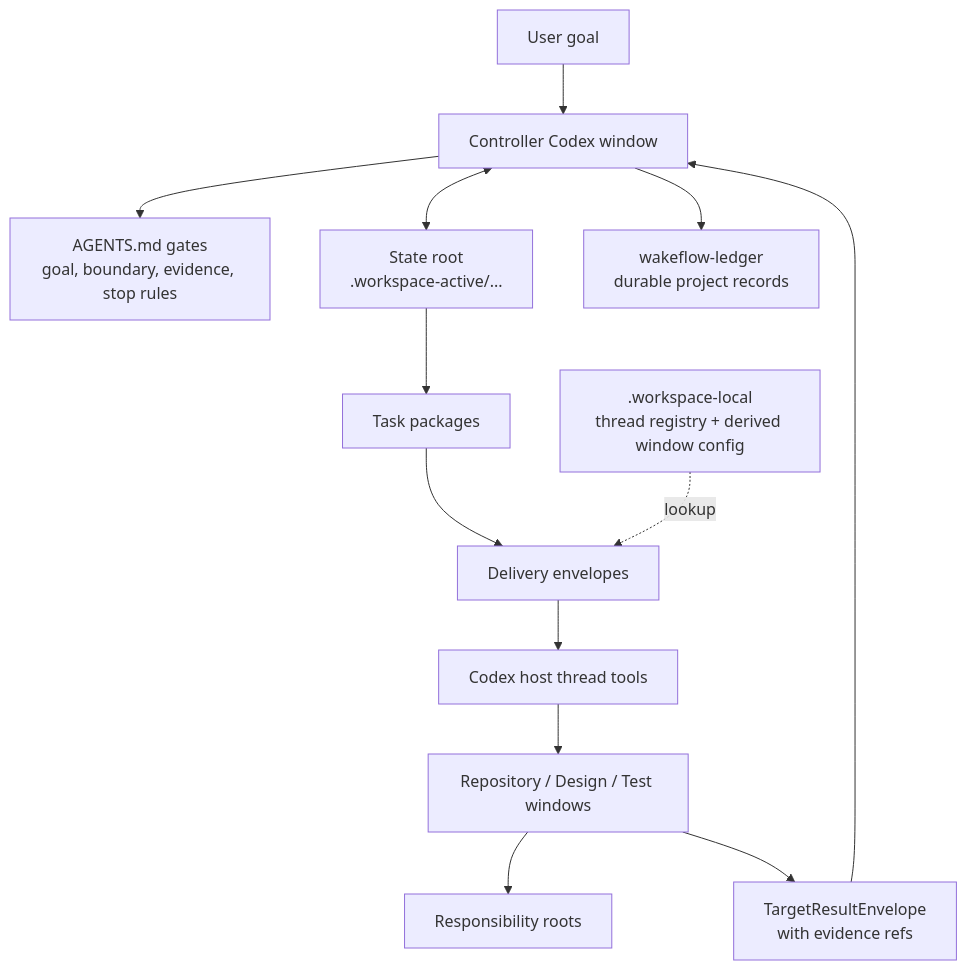
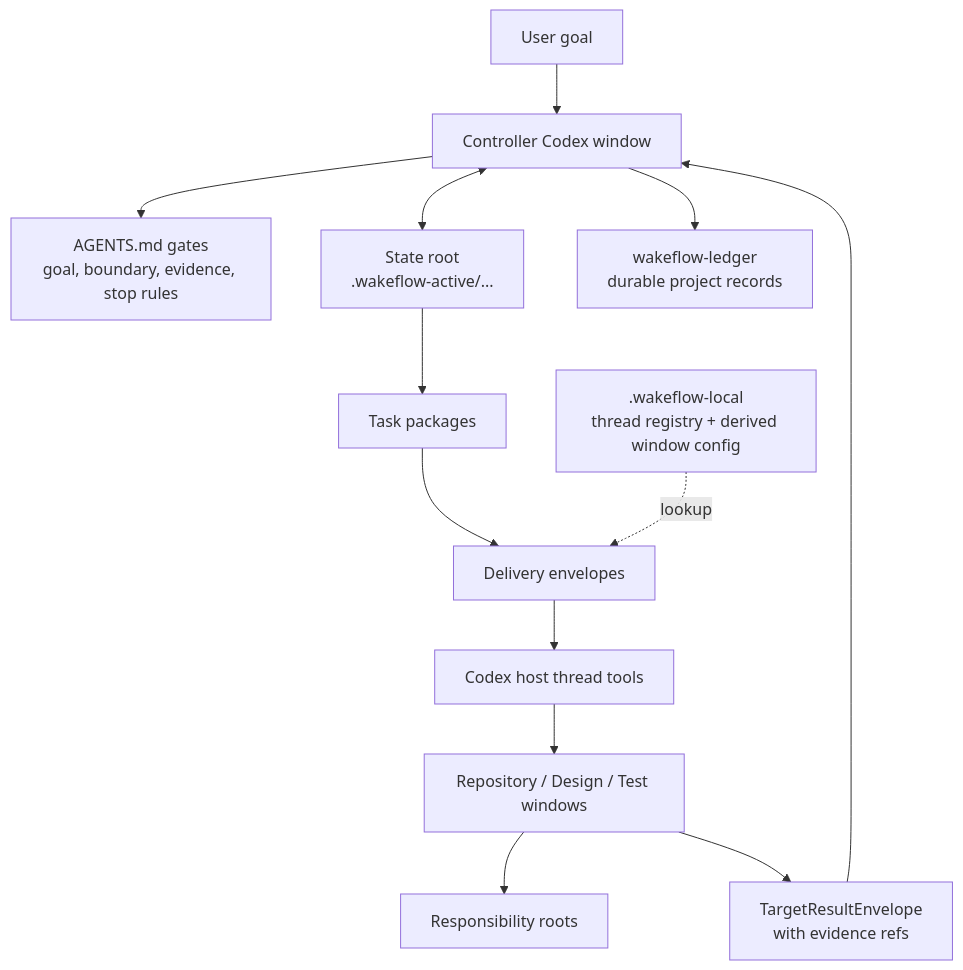
One commit to GxFn/Wakeflow changed the diagram in plugins/codex-wakeflow/README.md. Above: the diagram before and after it, drawn with Mermaid. The commit also changed other lines of this file and 88 other files, not shown here.

First line of the commit message:
refactor: rename storage roots .workspace-* -> .wakeflow-* and drop the nested workspace/ layer

````diff
--- a/plugins/codex-wakeflow/README.md
+++ b/plugins/codex-wakeflow/README.md
@@ -61,15 +61,15 @@
 ```mermaid
 flowchart TD
   User["User goal"] --> Controller["Controller Codex window"]
   Controller --> Gates["AGENTS.md gates<br/>goal, boundary, evidence, stop rules"]
-  Controller <--> StateRoot["State root<br/>.workspace-active/..."]
+  Controller <--> StateRoot["State root<br/>.wakeflow-active/..."]
   StateRoot --> Tasks["Task packages"]
   Tasks --> Delivery["Delivery envelopes"]
-  LocalRuntime[".workspace-local<br/>thread registry + derived window config"] -. "lookup" .-> Delivery
+  LocalRuntime[".wakeflow-local<br/>thread registry + derived window config"] -. "lookup" .-> Delivery
   Delivery --> Host["Codex host thread tools"]
   Host --> Targets["Repository / Design / Test windows"]
   Targets --> Repos["Responsibility roots"]
   Targets --> Results["TargetResultEnvelope<br/>with evidence refs"]
   Results --> Controller
   Controller --> Ledger["wakeflow-ledger<br/>durable project records"]
 ```
````
